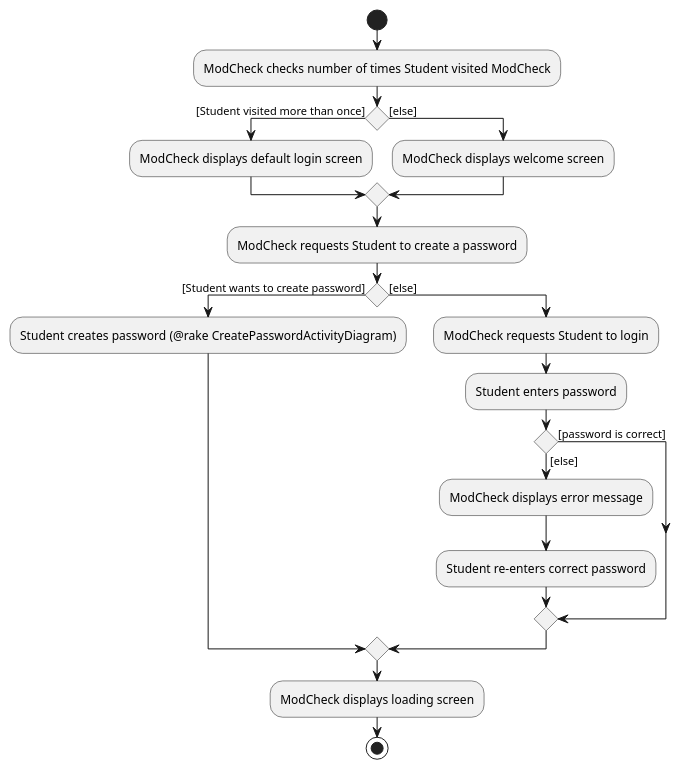
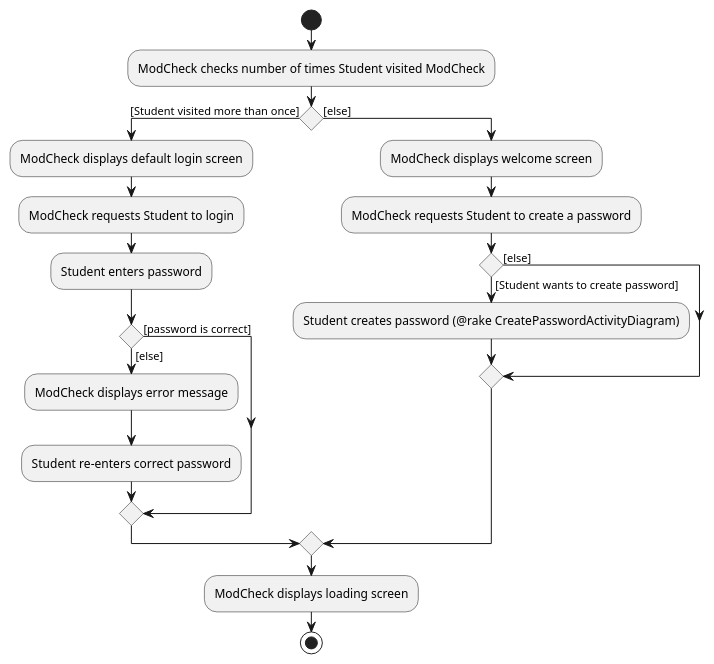
The diagram in docs/diagrams/Login.puml (nus-cs2103-AY2223S2/tp), drawn with PlantUML before and after one commit. The commit also changed 1 other file, not shown here.

Commit message:
update login activity diagram

```diff
--- a/docs/diagrams/Login.puml
+++ b/docs/diagrams/Login.puml
@@ -1,28 +1,28 @@
 @startuml
 'https://plantuml.com/activity-diagram-beta
 
 'idea of rake provided @WillySeahh in https://github.com/nus-cs2103-AY1920S2/forum/issues/105
 
 start
 :ModCheck checks number of times Student visited ModCheck;
 if () then ([Student visited more than once])
     :ModCheck displays default login screen;
+    :ModCheck requests Student to login;
+    :Student enters password;
+    if () then ([password is correct])
+    else ([else])
+        :ModCheck displays error message;
+        :Student re-enters correct password;
+    endif
 else ([else])
     :ModCheck displays welcome screen;
+    :ModCheck requests Student to create a password;
+        if () then ([Student wants to create password])
+            :Student creates password (@rake CreatePasswordActivityDiagram);
+        else ([else])
+        endif
 endif
-:ModCheck requests Student to create a password;
-    if () then ([Student wants to create password])
-        :Student creates password (@rake CreatePasswordActivityDiagram);
-    else ([else])
-        :ModCheck requests Student to login;
-        :Student enters password;
-        if () then ([password is correct])
-        else ([else])
-            :ModCheck displays error message;
-            :Student re-enters correct password;
-        endif
-    endif
-    :ModCheck displays loading screen;
+        :ModCheck displays loading screen;
 stop
 
 @enduml
```
